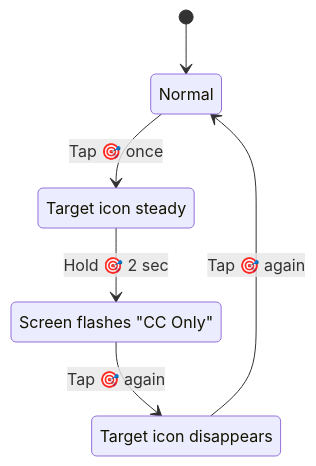
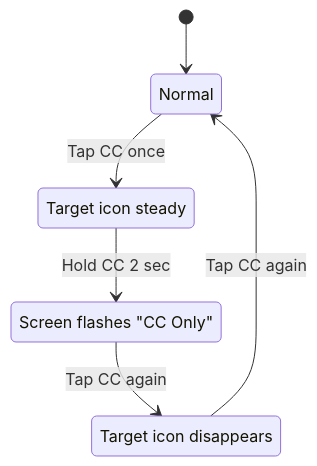
One commit to DuckyOnQuack-999/ELECTROMAGNETIC-AUDIO-TRANSDUCTION-AND-DEMODULATION changed the seventh of 10 diagrams in README.md. Above: the diagram before and after it, drawn with Mermaid. The commit also changed other lines of this file, not shown here.

````diff
--- a/README.md
+++ b/README.md
@@ -587,11 +808,11 @@
 ```mermaid
 stateDiagram-v2
     [*] --> Normal
-    Normal --> BackgroundCC: Tap 🎯 once
-    BackgroundCC --> CCOOnly: Hold 🎯 2 sec
-    CCOOnly --> Off: Tap 🎯 again
-    Off --> Normal: Tap 🎯 again
+    Normal --> BackgroundCC: Tap CC once
+    BackgroundCC --> CCOOnly: Hold CC 2 sec
+    CCOOnly --> Off: Tap CC again
+    Off --> Normal: Tap CC again
     BackgroundCC: Target icon steady
     CCOOnly: Screen flashes "CC Only"
     Off: Target icon disappears
 ```
````
